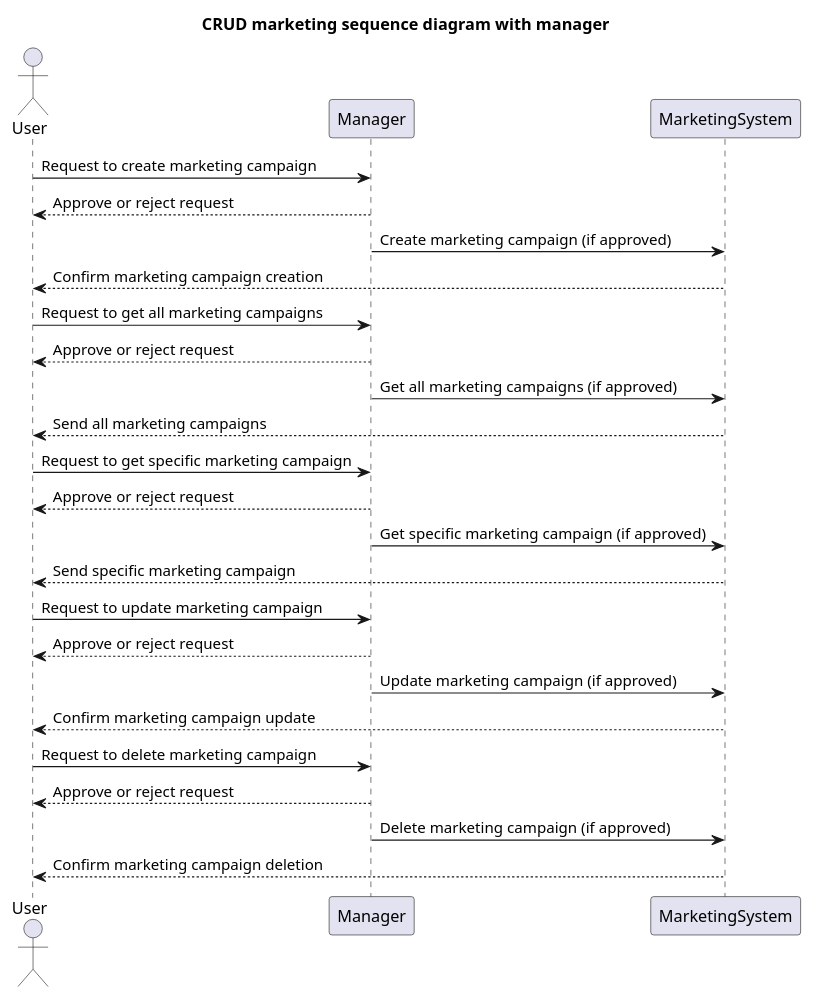
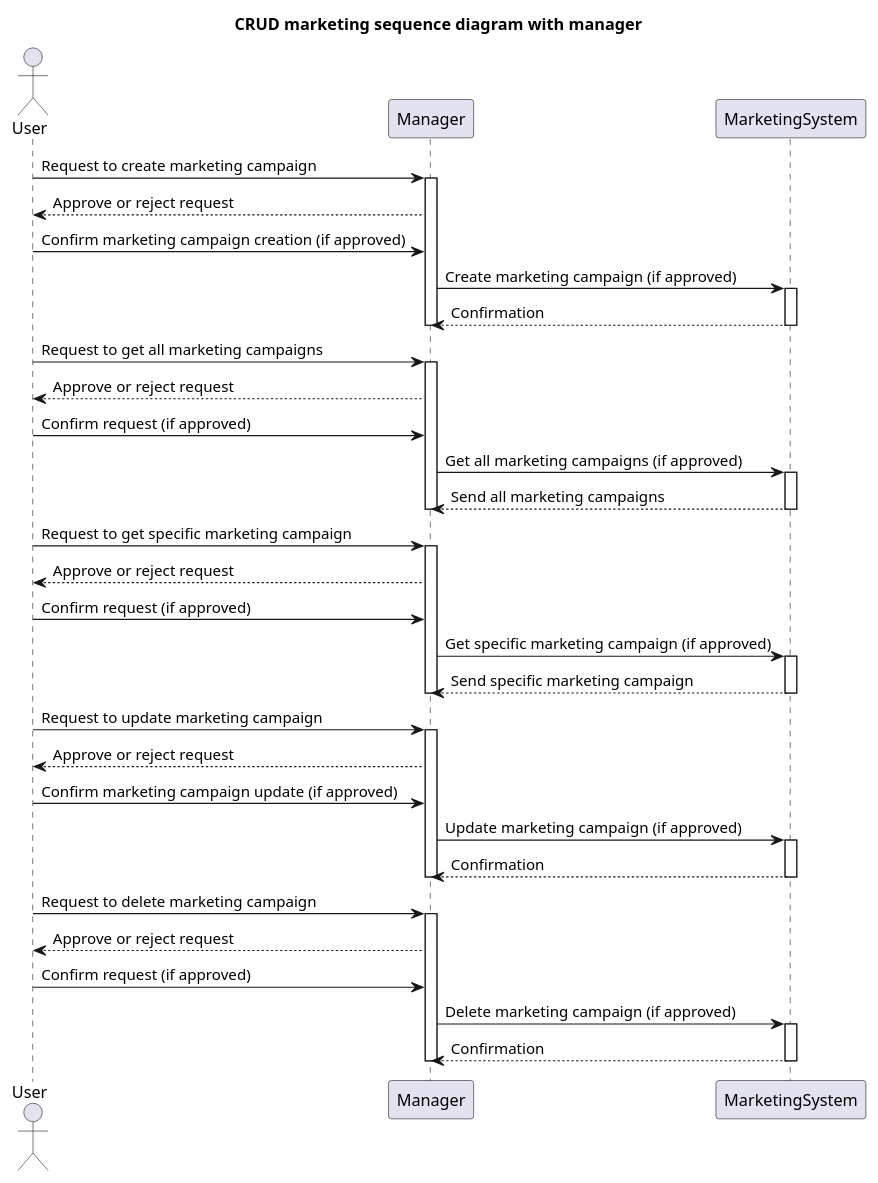
Before and after one commit to baonehe/SE357-Pratice-class: the diagram in Lab1.2/Sequence diagram/Code/CRUD marketing_seq.wsd, drawn with PlantUML. The commit also changed 99 other files, not shown here.

Commit message:
Update sequence diagram

```diff
--- a/Lab1.2/Sequence diagram/Code/CRUD marketing_seq.wsd
+++ b/Lab1.2/Sequence diagram/Code/CRUD marketing_seq.wsd
@@ -1,36 +1,57 @@
 @startuml
 title CRUD marketing sequence diagram with manager
 
 Actor User
 participant Manager
 participant MarketingSystem
 
+User -> Manager: Request to create marketing campaign
+activate Manager
+Manager --> User: Approve or reject request
+User -> Manager: Confirm marketing campaign creation (if approved)
+Manager -> MarketingSystem: Create marketing campaign (if approved)
+activate MarketingSystem
+MarketingSystem --> Manager: Confirmation
+deactivate MarketingSystem
+deactivate Manager
 
-User -> Manager : Request to create marketing campaign
-Manager --> User : Approve or reject request
-Manager -> MarketingSystem : Create marketing campaign (if approved)
-MarketingSystem --> User : Confirm marketing campaign creation
+User -> Manager: Request to get all marketing campaigns
+activate Manager
+Manager --> User: Approve or reject request
+User -> Manager: Confirm request (if approved)
+Manager -> MarketingSystem: Get all marketing campaigns (if approved)
+activate MarketingSystem
+MarketingSystem --> Manager: Send all marketing campaigns
+deactivate MarketingSystem
+deactivate Manager
 
+User -> Manager: Request to get specific marketing campaign
+activate Manager
+Manager --> User: Approve or reject request
+User -> Manager: Confirm request (if approved)
+Manager -> MarketingSystem: Get specific marketing campaign (if approved)
+activate MarketingSystem
+MarketingSystem --> Manager: Send specific marketing campaign
+deactivate MarketingSystem
+deactivate Manager
 
-User -> Manager : Request to get all marketing campaigns
-Manager --> User : Approve or reject request
-Manager -> MarketingSystem : Get all marketing campaigns (if approved)
-MarketingSystem --> User : Send all marketing campaigns
-User -> Manager : Request to get specific marketing campaign
-Manager --> User : Approve or reject request
-Manager -> MarketingSystem : Get specific marketing campaign (if approved)
-MarketingSystem --> User : Send specific marketing campaign
+User -> Manager: Request to update marketing campaign
+activate Manager
+Manager --> User: Approve or reject request
+User -> Manager: Confirm marketing campaign update (if approved)
+Manager -> MarketingSystem: Update marketing campaign (if approved)
+activate MarketingSystem
+MarketingSystem --> Manager: Confirmation
+deactivate MarketingSystem
+deactivate Manager
 
-
-User -> Manager : Request to update marketing campaign
-Manager --> User : Approve or reject request
-Manager -> MarketingSystem : Update marketing campaign (if approved)
-MarketingSystem --> User : Confirm marketing campaign update
-
-
-User -> Manager : Request to delete marketing campaign
-Manager --> User : Approve or reject request
-Manager -> MarketingSystem : Delete marketing campaign (if approved)
-MarketingSystem --> User : Confirm marketing campaign deletion
-
+User -> Manager: Request to delete marketing campaign
+activate Manager
+Manager --> User: Approve or reject request
+User -> Manager: Confirm request (if approved)
+Manager -> MarketingSystem: Delete marketing campaign (if approved)
+activate MarketingSystem
+MarketingSystem --> Manager: Confirmation
+deactivate MarketingSystem
+deactivate Manager
 @enduml
```
